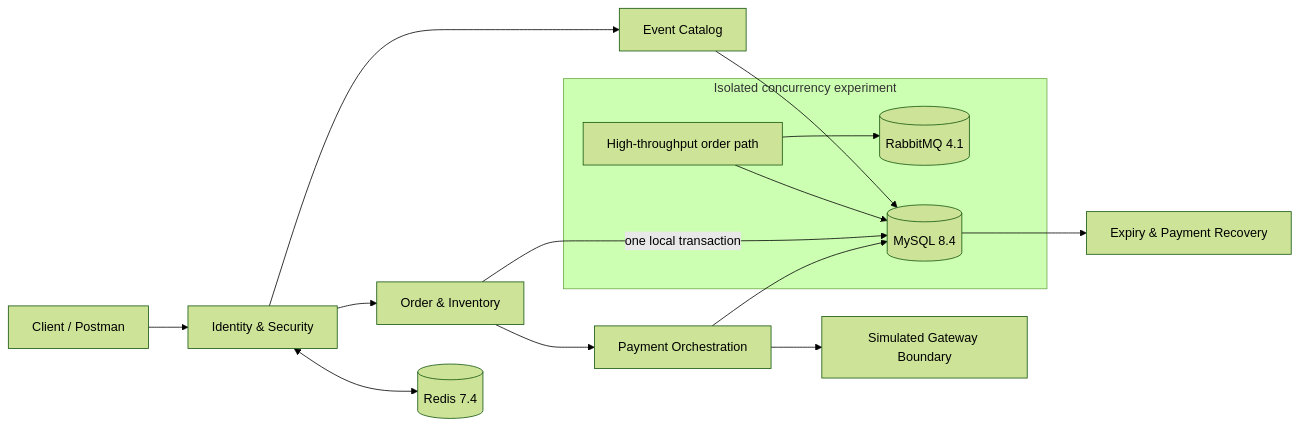
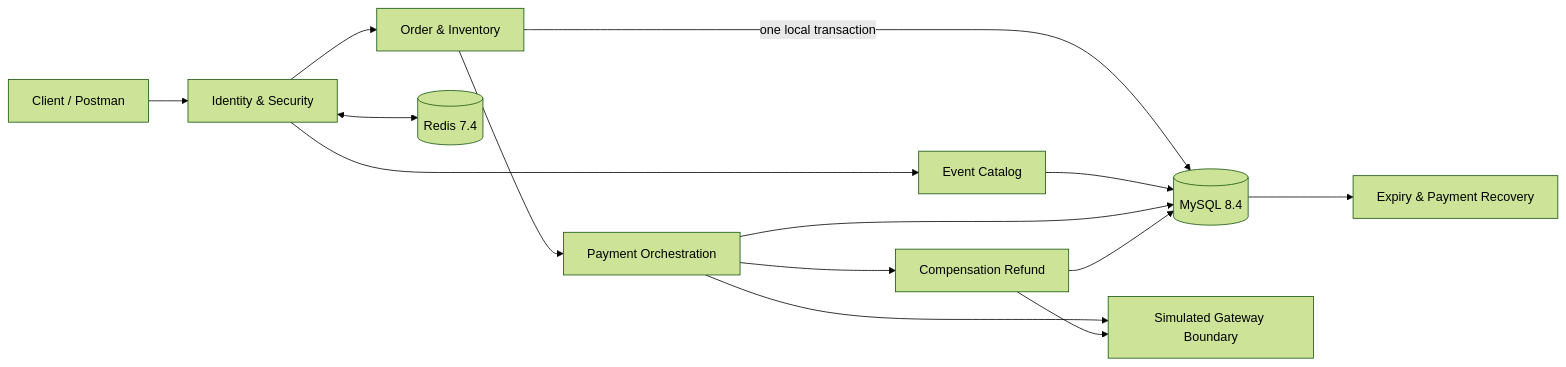
One commit to ctmd1234567/event-ticketing-platform changed the diagram in README.en.md. Above: the diagram before and after it, drawn with Mermaid (forest theme). The commit also changed other lines of this file and 10 other files, not shown here.

````diff
--- a/README.en.md
+++ b/README.en.md
@@ -32,18 +31,16 @@
 ```mermaid
 flowchart LR
     Client[Client / Postman] --> Security[Identity & Security]
     Security --> Catalog[Event Catalog]
     Security --> Order[Order & Inventory]
     Order -->|one local transaction| MySQL[(MySQL 8.4)]
     Catalog --> MySQL
     Order --> Payment[Payment Orchestration]
     Payment --> Gateway[Simulated Gateway Boundary]
+    Payment --> Compensation[Compensation Refund]
     Payment --> MySQL
+    Compensation --> Gateway
+    Compensation --> MySQL
     MySQL --> Recovery[Expiry & Payment Recovery]
     Security <--> Redis[(Redis 7.4)]
-
-    subgraph Isolated concurrency experiment
-      Experiment[High-throughput order path] --> Rabbit[(RabbitMQ 4.1)]
-      Experiment --> MySQL
-    end
 ```
````
